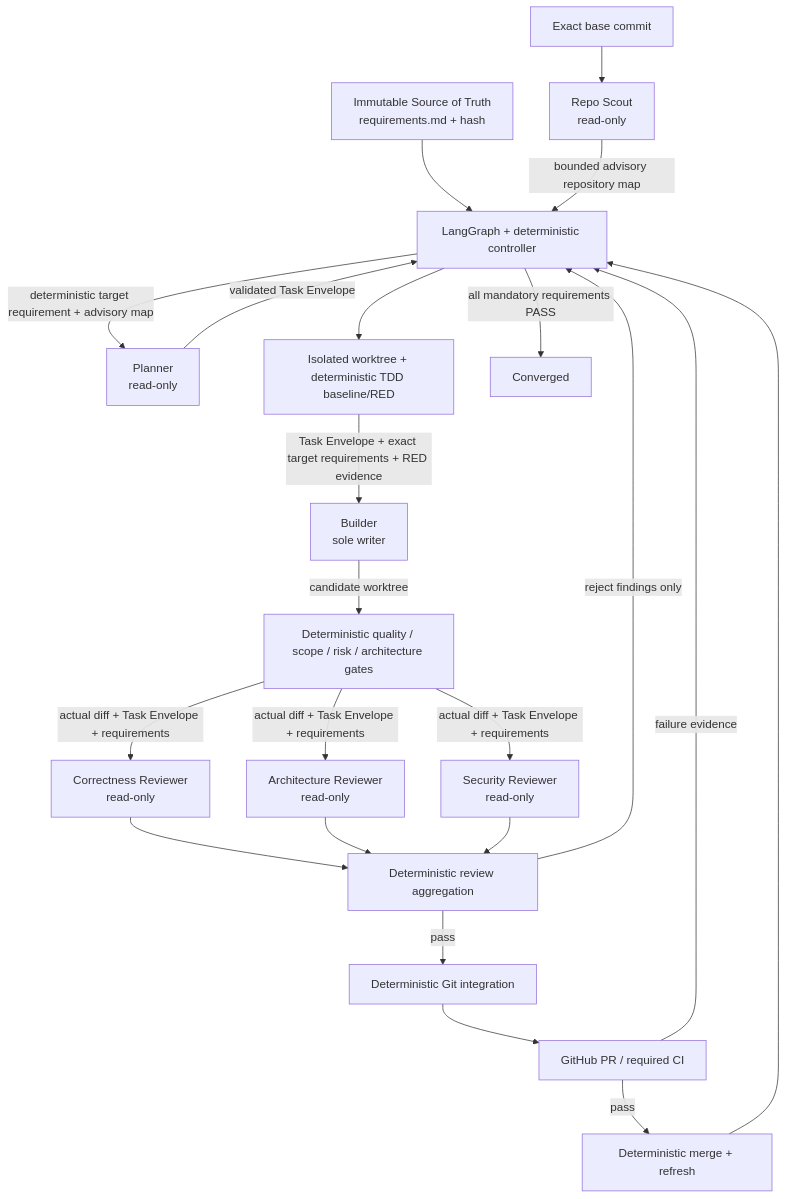
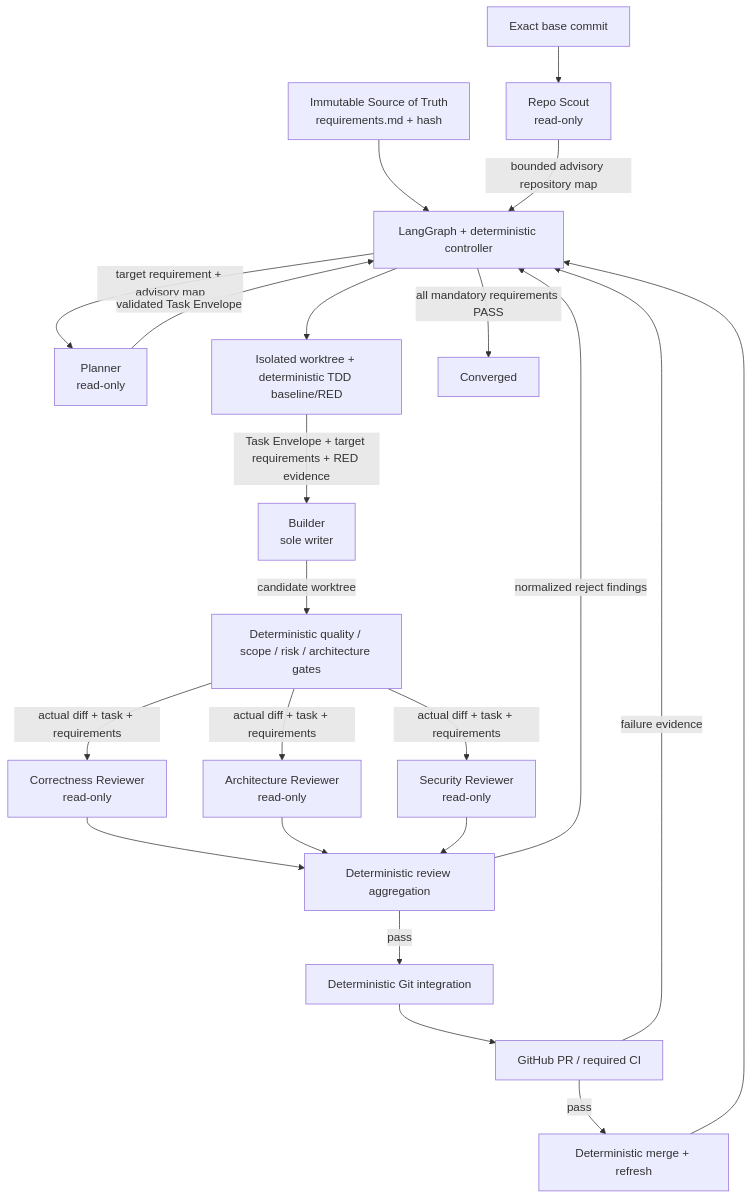
The diagram in docs/AGENT_ROLES_AND_DATA_FLOW.md (PeterPirog/converge-orchestrator), drawn with Mermaid before and after one commit. The commit also changed other lines of this file, not shown here.

Commit message:
docs: keep agent architecture documentation in English

````diff
--- a/docs/AGENT_ROLES_AND_DATA_FLOW.md
+++ b/docs/AGENT_ROLES_AND_DATA_FLOW.md
@@ -109,28 +110,28 @@
 ```mermaid
 flowchart TD
     SOT[Immutable Source of Truth\nrequirements.md + hash]
     BASE[Exact base commit]
     LG[LangGraph + deterministic controller]
 
     SOT --> LG
     BASE --> SCOUT[Repo Scout\nread-only]
     SCOUT -->|bounded advisory repository map| LG
-    LG -->|deterministic target requirement + advisory map| PLAN[Planner\nread-only]
+    LG -->|target requirement + advisory map| PLAN[Planner\nread-only]
     PLAN -->|validated Task Envelope| LG
     LG --> WT[Isolated worktree + deterministic TDD baseline/RED]
-    WT -->|Task Envelope + exact target requirements + RED evidence| BUILD[Builder\nsole writer]
+    WT -->|Task Envelope + target requirements + RED evidence| BUILD[Builder\nsole writer]
     BUILD -->|candidate worktree| GATES[Deterministic quality / scope / risk / architecture gates]
-    GATES -->|actual diff + Task Envelope + requirements| CR[Correctness Reviewer\nread-only]
-    GATES -->|actual diff + Task Envelope + requirements| AR[Architecture Reviewer\nread-only]
-    GATES -->|actual diff + Task Envelope + requirements| SR[Security Reviewer\nread-only]
+    GATES -->|actual diff + task + requirements| CR[Correctness Reviewer\nread-only]
+    GATES -->|actual diff + task + requirements| AR[Architecture Reviewer\nread-only]
+    GATES -->|actual diff + task + requirements| SR[Security Reviewer\nread-only]
     CR --> AGG[Deterministic review aggregation]
     AR --> AGG
     SR --> AGG
     AGG -->|pass| INT[Deterministic Git integration]
-    AGG -->|reject findings only| LG
+    AGG -->|normalized reject findings| LG
     INT --> PR[GitHub PR / required CI]
     PR -->|pass| MERGE[Deterministic merge + refresh]
     PR -->|failure evidence| LG
     MERGE --> LG
     LG -->|all mandatory requirements PASS| END[Converged]
 ```
````
